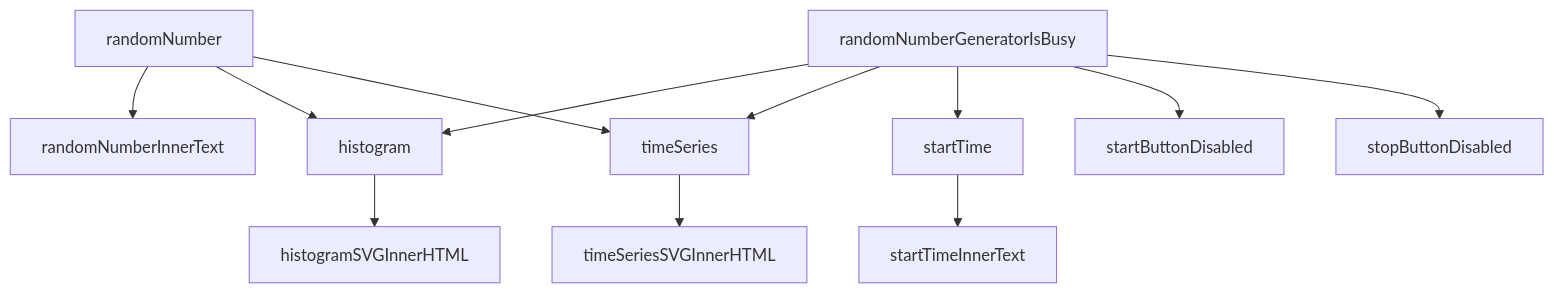
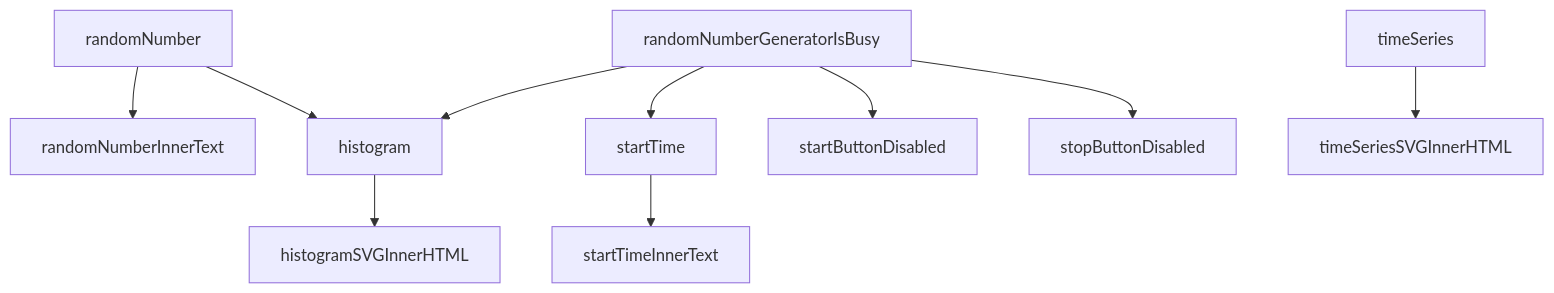
The diagram in README.md (KaoruTaketani/DAQ-JS), drawn with Mermaid before and after one commit.

Commit message:
comment out time series from graph

````diff
--- a/README.md
+++ b/README.md
@@ -62,16 +62,16 @@
 ```mermaid
 graph TD;
     histogram-->histogramSVGInnerHTML;
     %%httpServer-->elementValues;
     %%httpServer-->webSocketPathnames;
     randomNumberGeneratorIsBusy-->histogram;
     randomNumber-->randomNumberInnerText;
     randomNumber-->histogram;
-    randomNumber-->timeSeries;
-    randomNumberGeneratorIsBusy-->timeSeries;
+    %%randomNumber-->timeSeries;
+    %%randomNumberGeneratorIsBusy-->timeSeries;
     randomNumberGeneratorIsBusy-->startTime;
     randomNumberGeneratorIsBusy-->startButtonDisabled;
     randomNumberGeneratorIsBusy-->stopButtonDisabled;
     startTime-->startTimeInnerText;
     timeSeries-->timeSeriesSVGInnerHTML;
 ```
````
